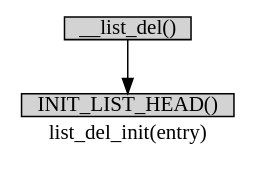
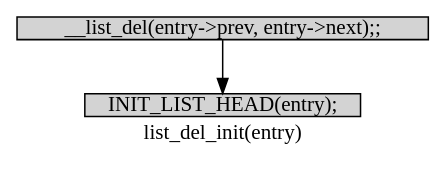
One commit to BGCX261/zone-source-git changed the diagram in ulk3_list_del_init.dot. Above: the diagram before and after it, drawn with Graphviz. The commit also changed 72 other files, not shown here.

```diff
--- a/ulk3_list_del_init.dot
+++ b/ulk3_list_del_init.dot
@@ -1,12 +1,12 @@
 digraph list_del_init{
         label="list_del_init(entry)";
         size="10,18";
         ratio=filled;
         
 		node[style=filled, shape = box, margin="0.05,0.005",height="0.1",width="0.1"];
 
-		__list_del[label="__list_del()"];
-		INIT_LIST_HEAD[label="INIT_LIST_HEAD()"];
+		__list_del[label="__list_del(entry->prev, entry->next);;"];
+		INIT_LIST_HEAD[label="INIT_LIST_HEAD(entry);"];
 
 		__list_del -> INIT_LIST_HEAD;
 }
```
